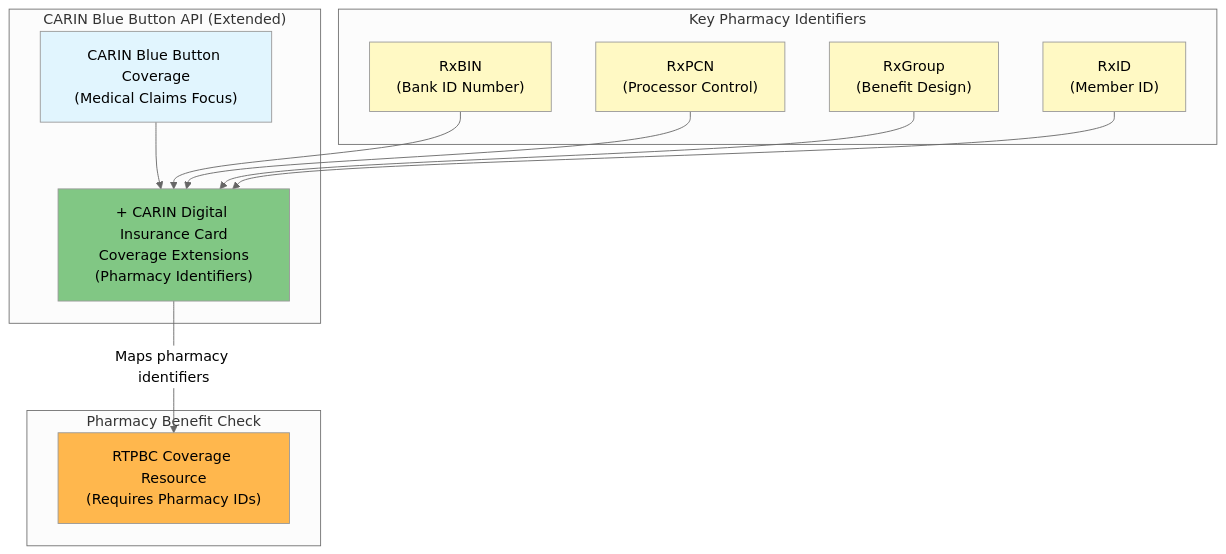
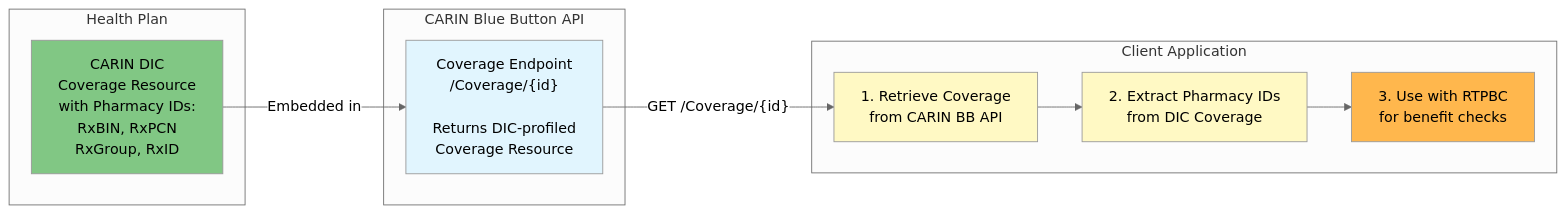
The diagram in README.md (flexpa/rtpbc-demo), drawn with Mermaid (neutral theme) before and after one commit. The commit also changed other lines of this file, not shown here.

Commit message:
Fix mermaid diagram to show DIC embedded in CARIN BB API
- Updated diagram to clearly show CARIN DIC Coverage Resource is embedded within CARIN BB API
- Illustrated the flow: Health Plan → CARIN BB API → Client retrieves → Extract IDs → Use with RTPBC
- Fixed GitHub rendering issue by removing bullet points in mermaid nodes

🤖 Generated with [Claude Code](https://claude.ai/code)

````diff
--- a/README.md
+++ b/README.md
@@ -7,33 +7,27 @@
 ```mermaid
-graph TB
-    subgraph "CARIN Blue Button API (Extended)"
-        CBB["CARIN Blue Button Coverage<br/>(Medical Claims Focus)"]
-        DIC["+ CARIN Digital Insurance Card<br/>Coverage Extensions<br/>(Pharmacy Identifiers)"]
-        CBB --> DIC
+graph LR
+    subgraph "Health Plan"
+        DIC["CARIN DIC<br/>Coverage Resource<br/>with Pharmacy IDs:<br/>RxBIN, RxPCN<br/>RxGroup, RxID"]
     end
     
-    subgraph "Pharmacy Benefit Check"
-        RTPBC["RTPBC Coverage Resource<br/>(Requires Pharmacy IDs)"]
+    subgraph "CARIN Blue Button API"
+        CBB["Coverage Endpoint<br/>/Coverage/{id}<br/><br/>Returns DIC-profiled<br/>Coverage Resource"]
     end
     
-    subgraph "Key Pharmacy Identifiers"
-        RXBIN["RxBIN<br/>(Bank ID Number)"]
-        RXPCN["RxPCN<br/>(Processor Control)"]
-        RXGROUP["RxGroup<br/>(Benefit Design)"]
-        RXID["RxID<br/>(Member ID)"]
+    subgraph "Client Application"
+        CLIENT["1. Retrieve Coverage<br/>from CARIN BB API"]
+        TRANSFORM["2. Extract Pharmacy IDs<br/>from DIC Coverage"]
+        RTPBC["3. Use with RTPBC<br/>for benefit checks"]
     end
     
-    DIC --> |"Maps pharmacy identifiers"| RTPBC
-    RXBIN --> DIC
-    RXPCN --> DIC
-    RXGROUP --> DIC
-    RXID --> DIC
+    DIC -->|"Embedded in"| CBB
+    CBB -->|"GET /Coverage/{id}"| CLIENT
+    CLIENT --> TRANSFORM
+    TRANSFORM --> RTPBC
     
+    style DIC fill:#81c784
     style CBB fill:#e1f5fe
-    style DIC fill:#81c784
+    style CLIENT fill:#fff9c4
+    style TRANSFORM fill:#fff9c4
     style RTPBC fill:#ffb74d
-    style RXBIN fill:#fff9c4
-    style RXPCN fill:#fff9c4
-    style RXGROUP fill:#fff9c4
-    style RXID fill:#fff9c4
 ```
````
